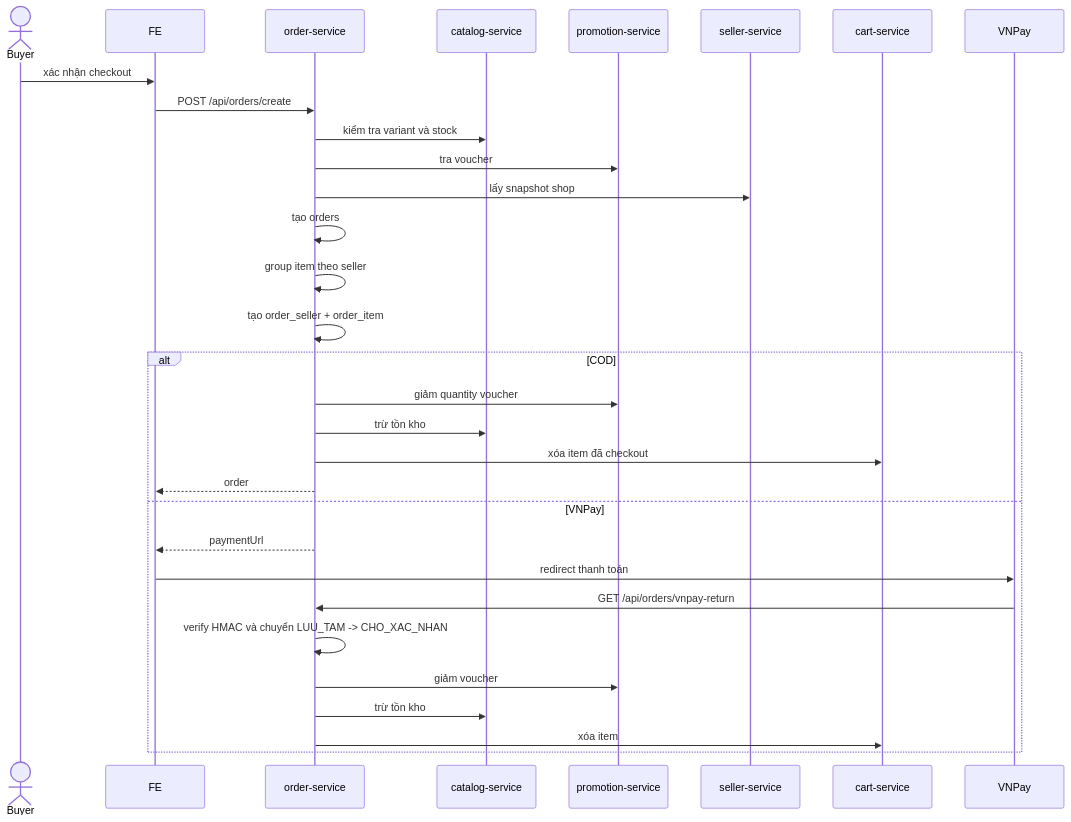
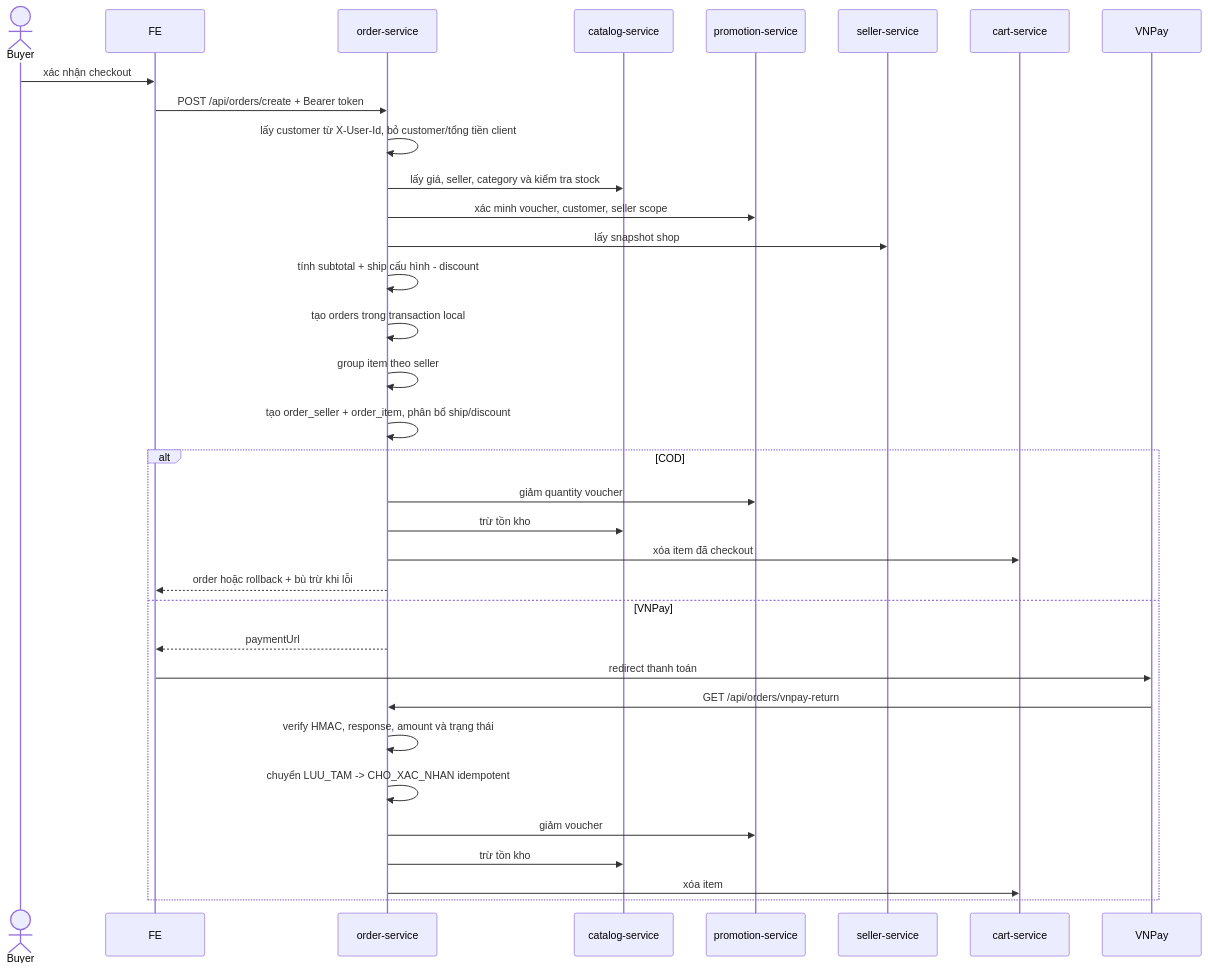
One commit to NguyenDuoc2005/e-commerce changed the fifth of 7 diagrams in HE_THONG_HIEN_TAI_MARKETPLACE.md. Above: the diagram before and after it, drawn with Mermaid. The commit also changed other lines of this file and 31 other files, not shown here.

````diff
--- a/HE_THONG_HIEN_TAI_MARKETPLACE.md
+++ b/HE_THONG_HIEN_TAI_MARKETPLACE.md
@@ -420,34 +441,37 @@
 ```mermaid
 sequenceDiagram
     actor B as Buyer
     participant FE
     participant O as order-service
     participant C as catalog-service
     participant P as promotion-service
     participant S as seller-service
     participant CART as cart-service
     participant V as VNPay
 
     B->>FE: xác nhận checkout
-    FE->>O: POST /api/orders/create
-    O->>C: kiểm tra variant và stock
-    O->>P: tra voucher
+    FE->>O: POST /api/orders/create + Bearer token
+    O->>O: lấy customer từ X-User-Id, bỏ customer/tổng tiền client
+    O->>C: lấy giá, seller, category và kiểm tra stock
+    O->>P: xác minh voucher, customer, seller scope
     O->>S: lấy snapshot shop
-    O->>O: tạo orders
+    O->>O: tính subtotal + ship cấu hình - discount
+    O->>O: tạo orders trong transaction local
     O->>O: group item theo seller
-    O->>O: tạo order_seller + order_item
+    O->>O: tạo order_seller + order_item, phân bổ ship/discount
     alt COD
         O->>P: giảm quantity voucher
         O->>C: trừ tồn kho
         O->>CART: xóa item đã checkout
-        O-->>FE: order
+        O-->>FE: order hoặc rollback + bù trừ khi lỗi
     else VNPay
         O-->>FE: paymentUrl
         FE->>V: redirect thanh toán
         V->>O: GET /api/orders/vnpay-return
-        O->>O: verify HMAC và chuyển LUU_TAM -> CHO_XAC_NHAN
+        O->>O: verify HMAC, response, amount và trạng thái
+        O->>O: chuyển LUU_TAM -> CHO_XAC_NHAN idempotent
         O->>P: giảm voucher
         O->>C: trừ tồn kho
         O->>CART: xóa item
     end
 ```
````
